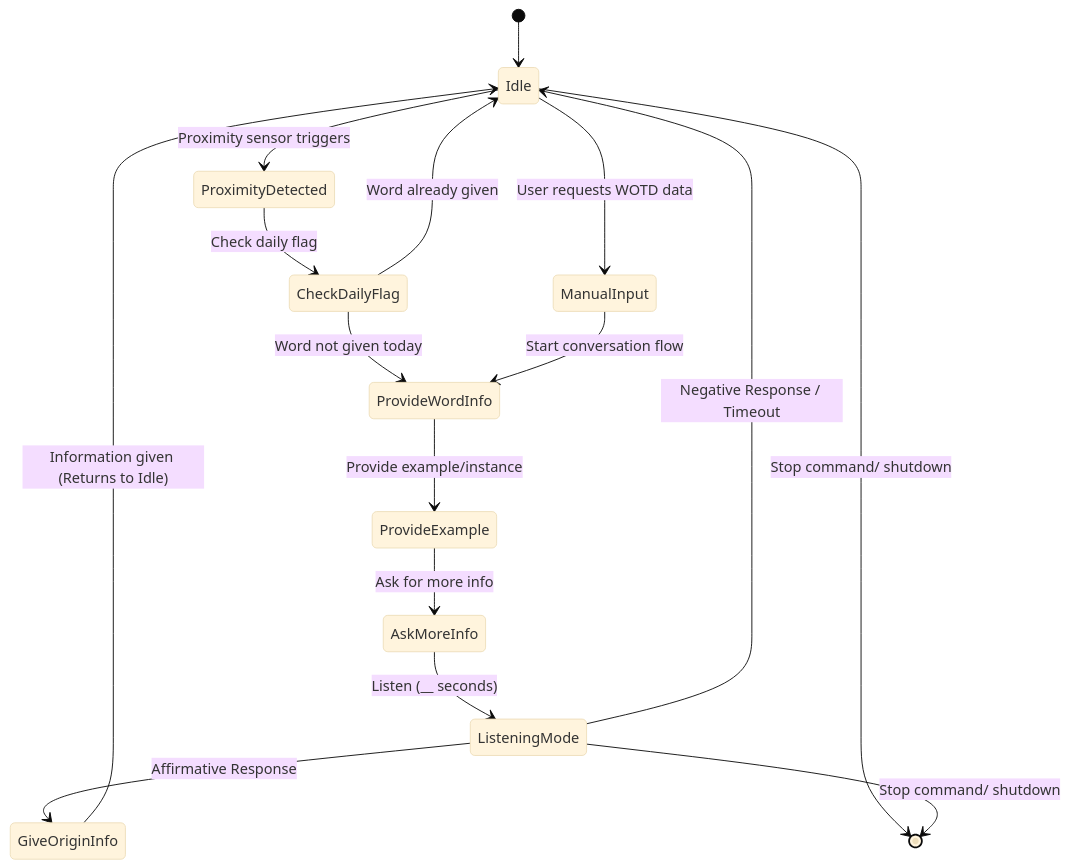
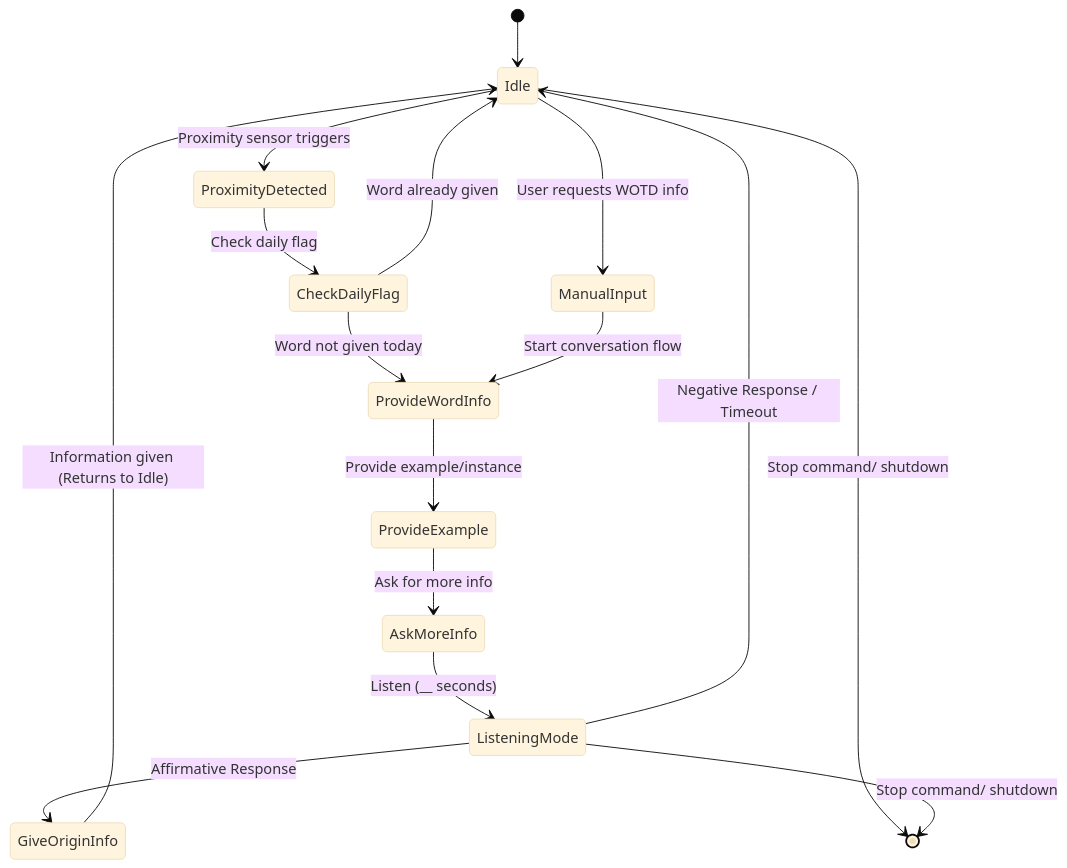
Before and after one commit to ji227/Jesse-Iriah-s-Lab-Hub: the second of 2 diagrams in Lab 3/README.md, drawn with Mermaid (base theme). The commit also changed other lines of this file, not shown here.

````diff
--- a/Lab 3/README.md
+++ b/Lab 3/README.md
@@ -95,24 +95,24 @@
 ```mermaid
 stateDiagram-v2
     [*] --> Idle
     Idle --> ProximityDetected : Proximity sensor triggers
-    Idle --> ManualInput : User requests WOTD data
+    Idle --> ManualInput : User requests WOTD info
     Idle --> [*] : Stop command/ shutdown
     
     ProximityDetected --> CheckDailyFlag : Check daily flag
     CheckDailyFlag --> ProvideWordInfo : Word not given today
     CheckDailyFlag --> Idle : Word already given
     
     ManualInput --> ProvideWordInfo : Start conversation flow
     
     ProvideWordInfo --> ProvideExample : Provide example/instance
     ProvideExample --> AskMoreInfo : Ask for more info
     
     AskMoreInfo --> ListeningMode : Listen (__ seconds)
     
     ListeningMode --> GiveOriginInfo : Affirmative Response 
     ListeningMode --> Idle : Negative Response / Timeout
     ListeningMode --> [*] : Stop command/ shutdown
     
     GiveOriginInfo --> Idle : Information given (Returns to Idle)
 ```
````
